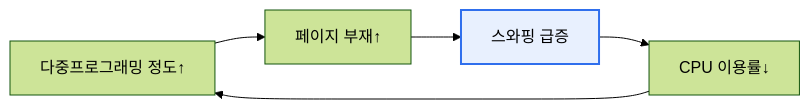
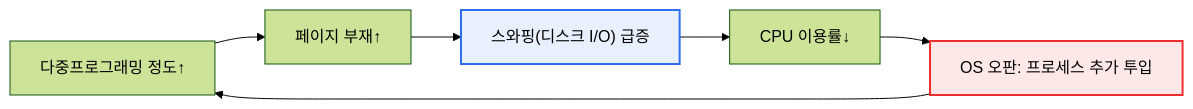
The first of 2 diagrams in content/thrashing.md (coninggu/wjdqhrhksflrltnftk), drawn with Mermaid (forest theme) before and after one commit. The commit also changed other lines of this file and 3 other files, not shown here.

````diff
--- a/content/thrashing.md
+++ b/content/thrashing.md
@@ -11,5 +20,10 @@
 ```mermaid
 flowchart LR
-  M["다중프로그래밍 정도↑"] --> F["페이지 부재↑"] --> S["스와핑 급증"] --> C["CPU 이용률↓"] --> M
+  M["다중프로그래밍 정도↑"] --> F["페이지 부재↑"]
+  F --> S["스와핑(디스크 I/O) 급증"]
+  S --> C["CPU 이용률↓"]
+  C --> O["OS 오판: 프로세스 추가 투입"]
+  O --> M
   style S fill:#e8f0fe,stroke:#2f6fed,stroke-width:2px
+  style O fill:#fde8e8,stroke:#ed2f2f,stroke-width:2px
 ```
````
